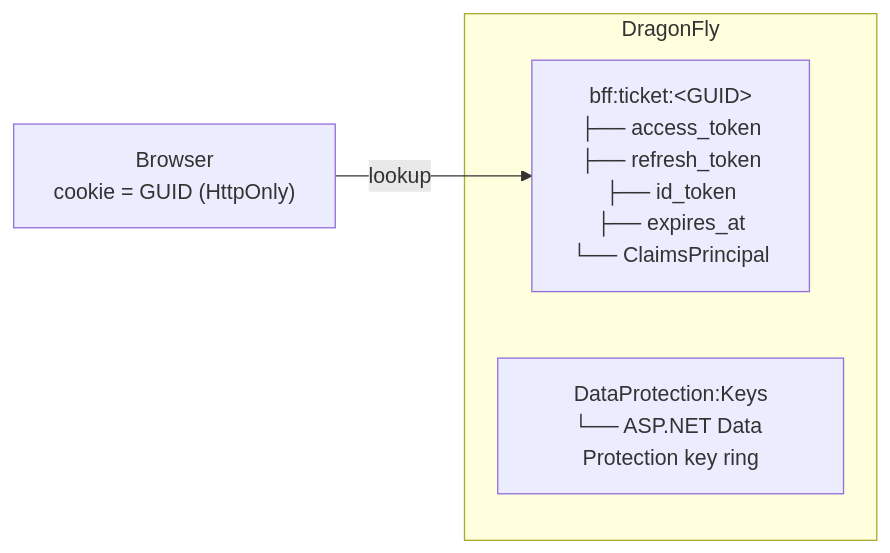
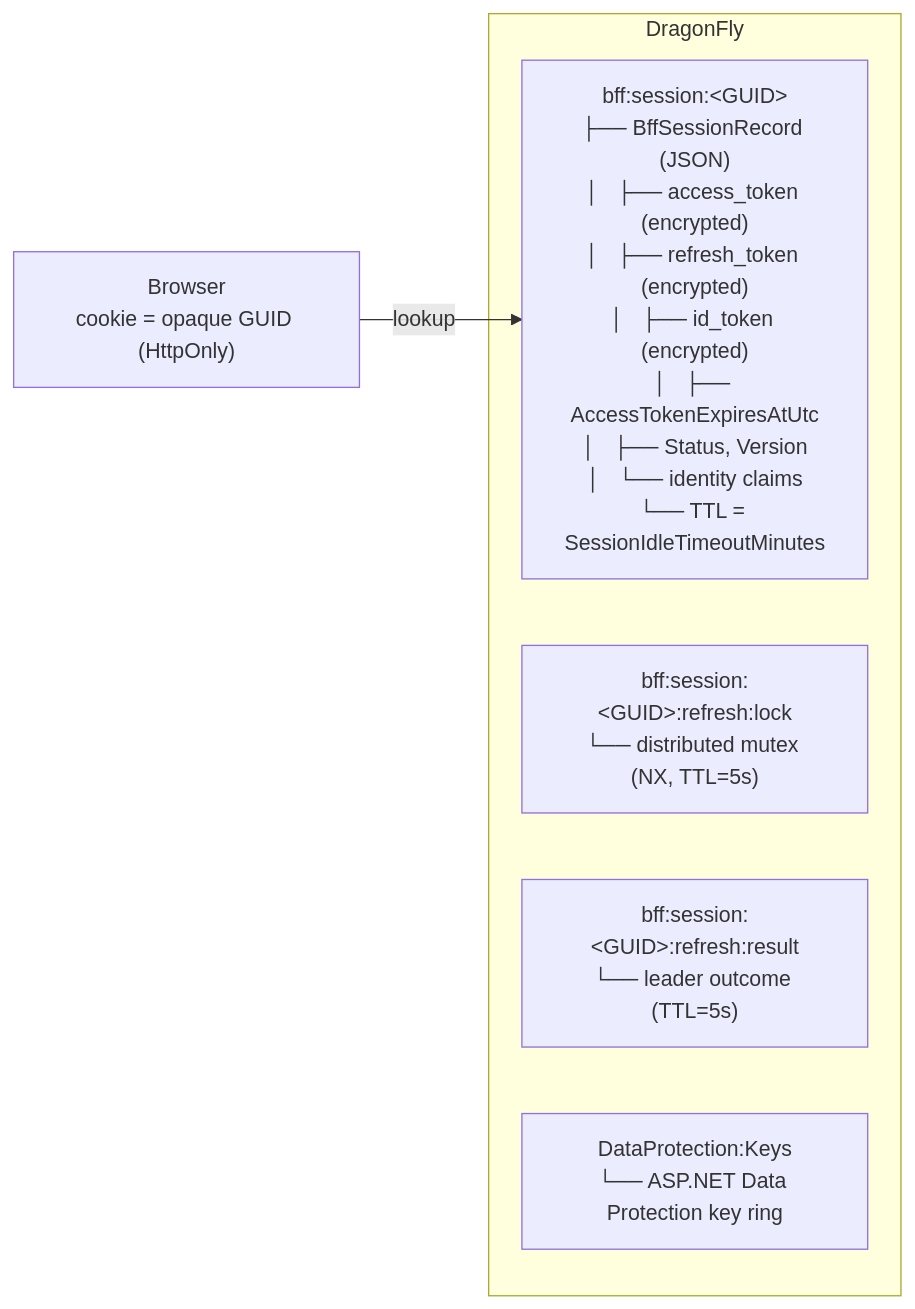
Before and after one commit to zribktad/API-Template-Modules: the ninth of 9 diagrams in docs/AUTHENTICATION.md, drawn with Mermaid. The commit also changed other lines of this file and 1 other file, not shown here.

Commit message:
feat(keycloak): update Keycloak realm configuration with session and password policy adjustments

````diff
--- a/docs/AUTHENTICATION.md
+++ b/docs/AUTHENTICATION.md
@@ -371,9 +504,11 @@
 ```mermaid
 graph LR
-    Browser["Browser<br/>cookie = GUID (HttpOnly)"] -->|lookup| Ticket
+    Browser["Browser<br/>cookie = opaque GUID (HttpOnly)"] -->|lookup| Session
 
     subgraph DragonFly
-        Ticket["bff:ticket:&lt;GUID&gt;<br/>├── access_token<br/>├── refresh_token<br/>├── id_token<br/>├── expires_at<br/>└── ClaimsPrincipal"]
+        Session["bff:session:&lt;GUID&gt;<br/>├── BffSessionRecord (JSON)<br/>│   ├── access_token (encrypted)<br/>│   ├── refresh_token (encrypted)<br/>│   ├── id_token (encrypted)<br/>│   ├── AccessTokenExpiresAtUtc<br/>│   ├── Status, Version<br/>│   └── identity claims<br/>└── TTL = SessionIdleTimeoutMinutes"]
+        Lock["bff:session:&lt;GUID&gt;:refresh:lock<br/>└── distributed mutex (NX, TTL=5s)"]
+        Result["bff:session:&lt;GUID&gt;:refresh:result<br/>└── leader outcome (TTL=5s)"]
         DP["DataProtection:Keys<br/>└── ASP.NET Data Protection key ring"]
     end
 ```
````
